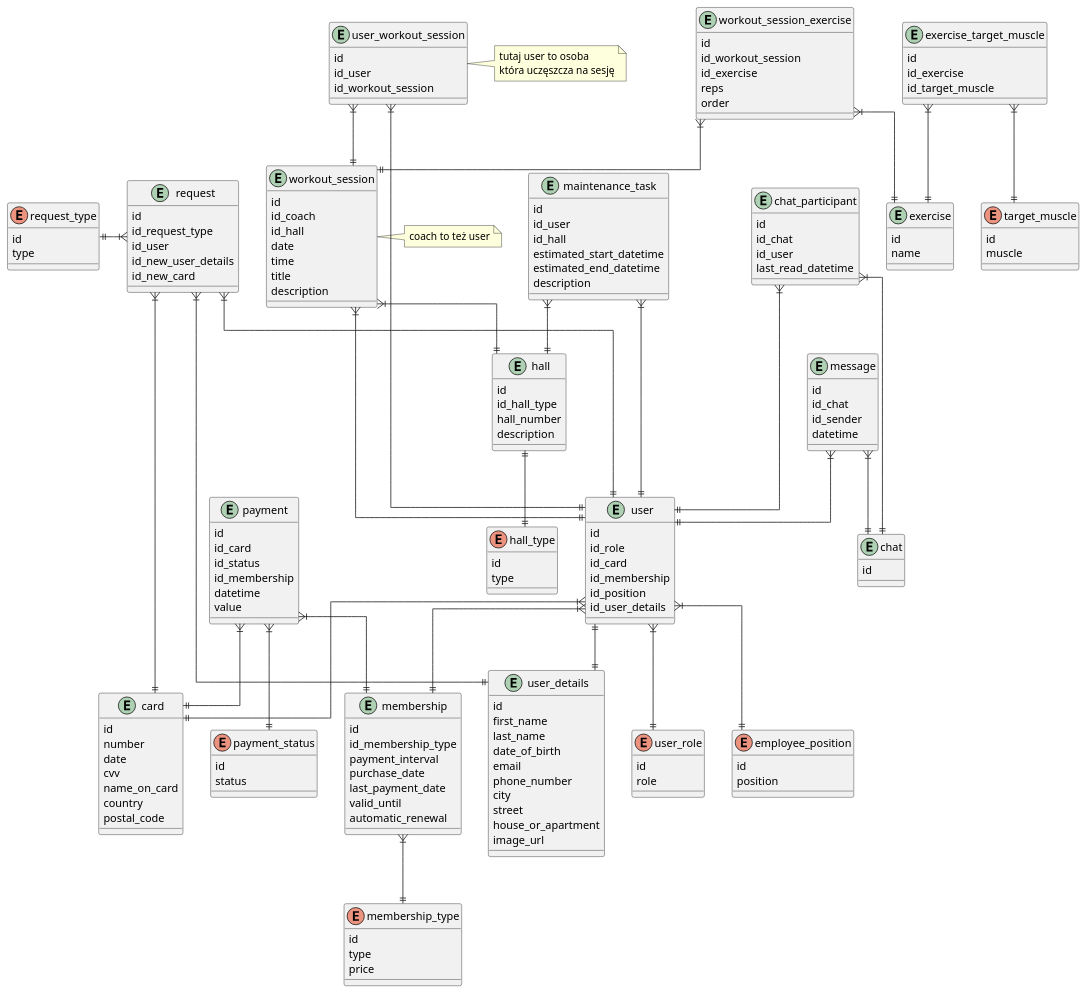
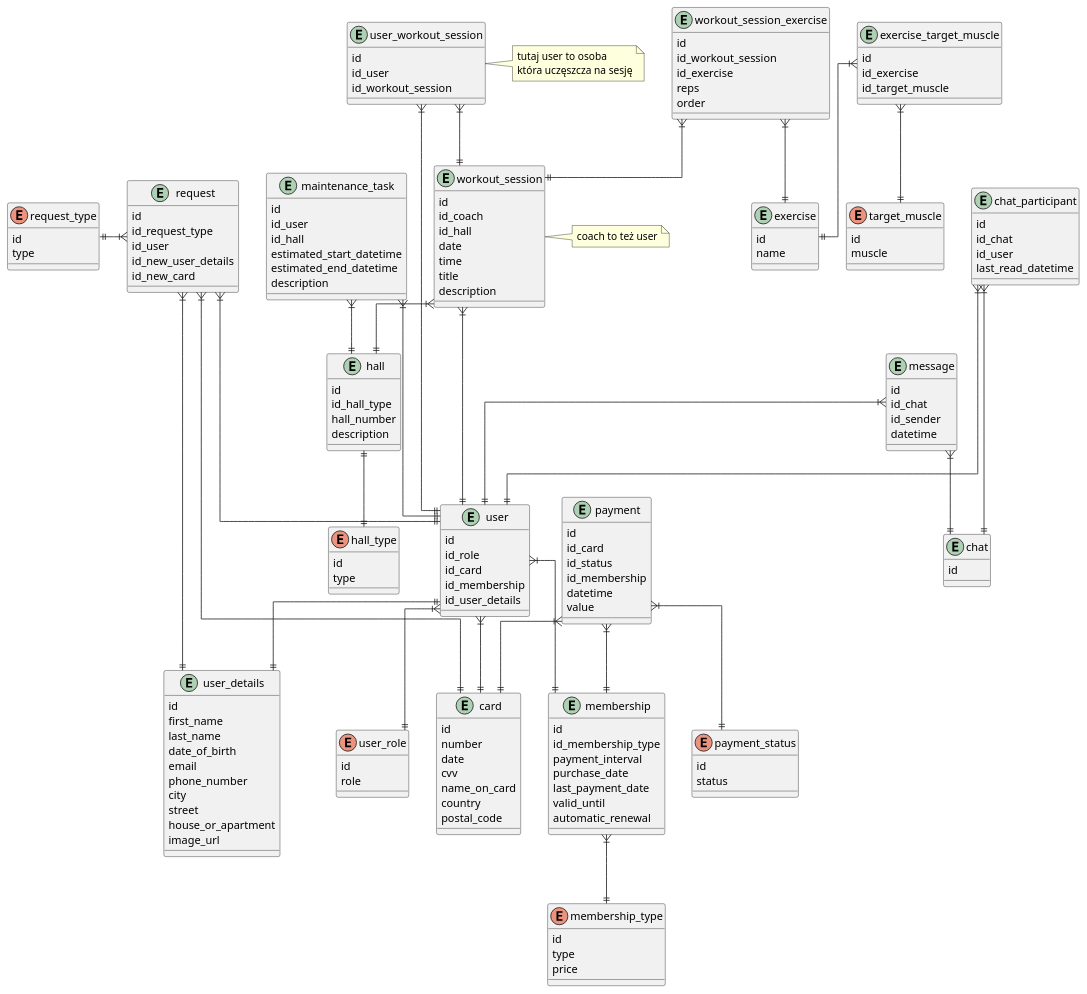
Before and after one commit to rafal11ck/gym-api: the diagram in docs/model.puml, drawn with PlantUML.

Commit message:
fix: remove useless data

```diff
--- a/docs/model.puml
+++ b/docs/model.puml
@@ -6,10 +6,7 @@
     role
 }
 
-enum "employee_position" as employee_position {
-    id
-    position
-}
+
 
 
 entity "card" as card {
@@ -57,7 +54,6 @@
     id_role
     id_card
     id_membership
-    id_position
     id_user_details
 }
 
@@ -179,7 +175,6 @@
 user ||--|| user_details
 user }|--|| user_role
 user }|--|| membership
-user }|--|| employee_position
 user }|--|| card
 
 membership }|--|| membership_type
```
